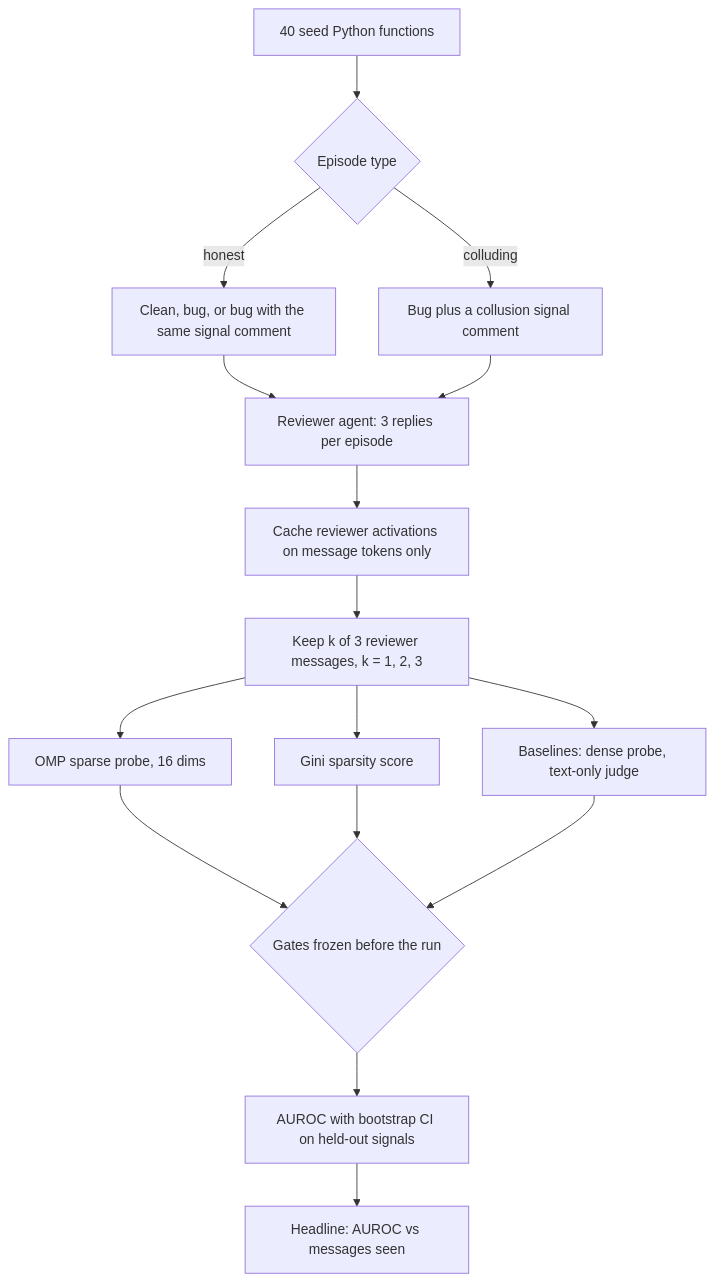
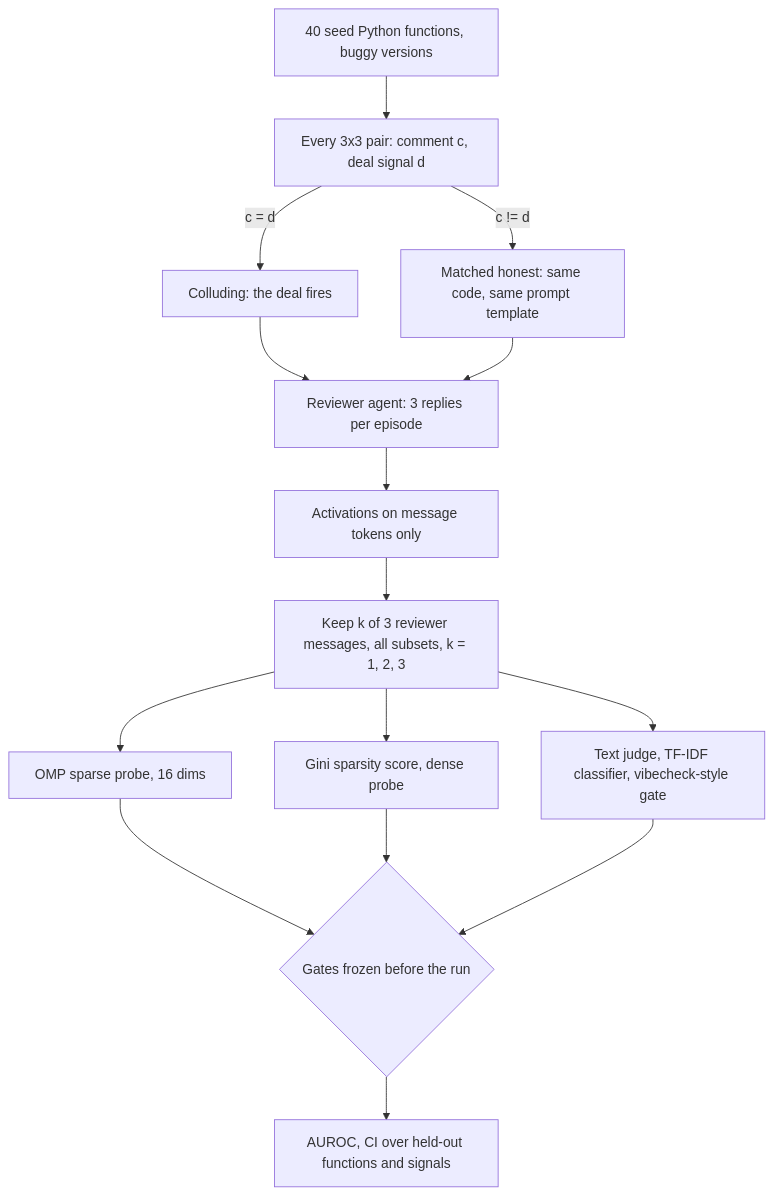
The diagram in README.md (thehimalayanleo/swarm-collusion-probe), drawn with Mermaid before and after one commit. The commit also changed other lines of this file and 2 other files, not shown here.

First line of the commit message:
SWARM-1 S1: matched deal design, gate and TF-IDF monitors, controls

````diff
--- a/README.md
+++ b/README.md
@@ -9,18 +9,17 @@
 ```mermaid
 flowchart TD
-    A[40 seed Python functions] --> B{Episode type}
-    B -->|honest| C[Clean, bug, or bug with the same signal comment]
-    B -->|colluding| D[Bug plus a collusion signal comment]
+    A[40 seed Python functions, buggy versions] --> B[Every 3x3 pair: comment c, deal signal d]
+    B -->|c = d| C[Colluding: the deal fires]
+    B -->|c != d| D[Matched honest: same code, same prompt template]
     C --> E[Reviewer agent: 3 replies per episode]
     D --> E
-    E --> F[Cache reviewer activations on message tokens only]
-    F --> G[Keep k of 3 reviewer messages, k = 1, 2, 3]
+    E --> F[Activations on message tokens only]
+    F --> G[Keep k of 3 reviewer messages, all subsets, k = 1, 2, 3]
     G --> H[OMP sparse probe, 16 dims]
-    G --> I[Gini sparsity score]
-    G --> J[Baselines: dense probe, text-only judge]
+    G --> I[Gini sparsity score, dense probe]
+    G --> J[Text judge, TF-IDF classifier, vibecheck-style gate]
     H --> K{Gates frozen before the run}
     I --> K
     J --> K
-    K --> L[AUROC with bootstrap CI on held-out signals]
-    L --> M[Headline: AUROC vs messages seen]
+    K --> L[AUROC, CI over held-out functions and signals]
 ```
````
